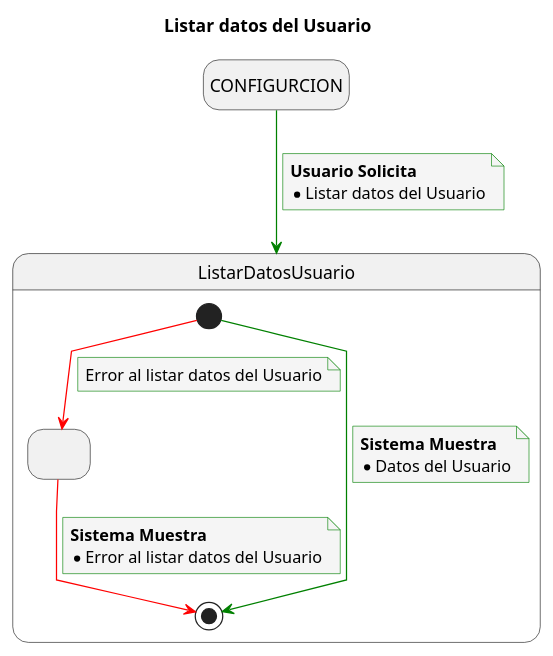
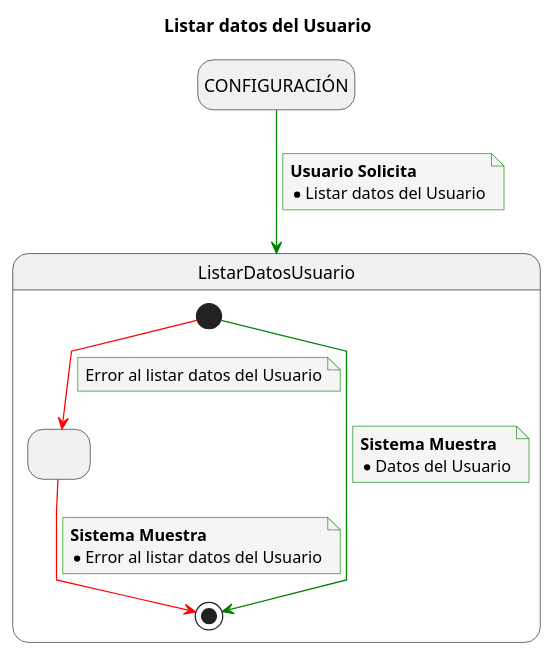
Before and after one commit to mmasias/23-24-IdSw1-SDR: the diagram in Caso_de_Uso/Casos_de_Uso/Usuarios/Listar_Datos_Usuario/Caso_de_Uso.puml, drawn with PlantUML. The commit also changed 63 other files, not shown here.

```diff
--- a/Caso_de_Uso/Casos_de_Uso/Usuarios/Listar_Datos_Usuario/Caso_de_Uso.puml
+++ b/Caso_de_Uso/Casos_de_Uso/Usuarios/Listar_Datos_Usuario/Caso_de_Uso.puml
@@ -1,44 +1,44 @@
 @startuml
 
 title Listar datos del Usuario
 
 skinparam {
     NoteBackgroundColor #whiteSmoke
     ArrowColor #green
     NoteBorderColor #green
     linetype polyline
 }
 
 hide empty description
 
-state startState as "CONFIGURCION"
+state startState as "CONFIGURACIÓN"
 
 startState --> ListarDatosUsuario
 note on link
     <b>Usuario Solicita</b>
     * Listar datos del Usuario
 end note
 
 state ListarDatosUsuario {
     state 2 as " "
     [*] --> [*] 
     note on link
         <b>Sistema Muestra</b>
         * Datos del Usuario
     end note
 
     [*] -[#red]-> 2
     note on link
         Error al listar datos del Usuario
     end note
 
     2 -[#red]-> [*]
     note on link
         <b>Sistema Muestra</b>
         * Error al listar datos del Usuario
     end note
 
 
 }
 
 @enduml
```
